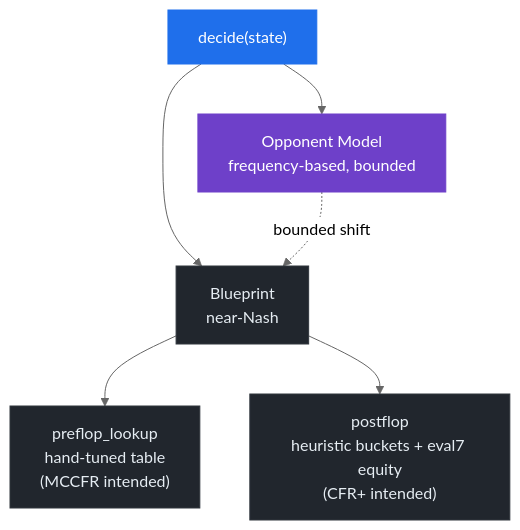
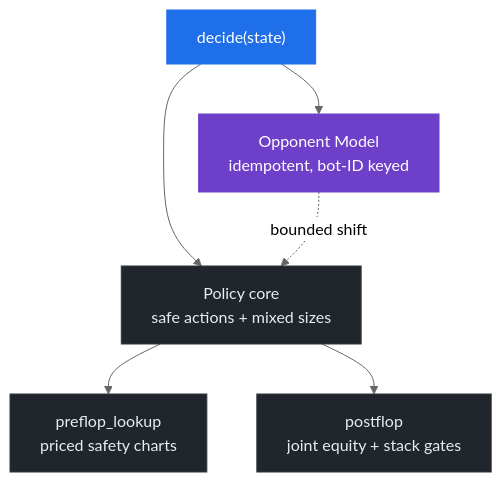
Before and after one commit to ZealousEar/PokerBot: the first of 2 diagrams in README.md, drawn with Mermaid (neutral theme). The commit also changed other lines of this file and 35 other files, not shown here.

````diff
--- a/README.md
+++ b/README.md
@@ -73,19 +74,19 @@
 ```mermaid
 flowchart TD
     D["decide(state)"]
-    BP["Blueprint<br/>near-Nash"]
-    OM["Opponent Model<br/>frequency-based, bounded"]
-    PF["preflop_lookup<br/>hand-tuned table<br/>(MCCFR intended)"]
-    POST["postflop<br/>heuristic buckets + eval7 equity<br/>(CFR+ intended)"]
+    BP["Policy core<br/>safe actions + mixed sizes"]
+    OM["Opponent Model<br/>idempotent, bot-ID keyed"]
+    PF["preflop_lookup<br/>priced safety charts"]
+    POST["postflop<br/>joint equity + stack gates"]
     D --> BP
     D --> OM
     OM -. "bounded shift" .-> BP
     BP --> PF
     BP --> POST
     classDef core fill:#1f6feb,color:#ffffff,stroke:#1f6feb;
     classDef leaf fill:#21262d,color:#e6edf3,stroke:#30363d;
     classDef overlay fill:#6e40c9,color:#ffffff,stroke:#6e40c9;
     class D core;
     class BP,PF,POST leaf;
     class OM overlay;
 ```
````
